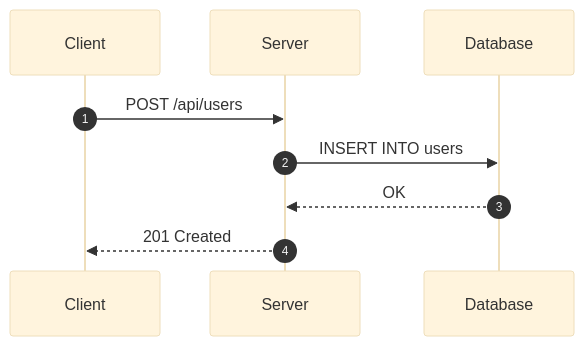
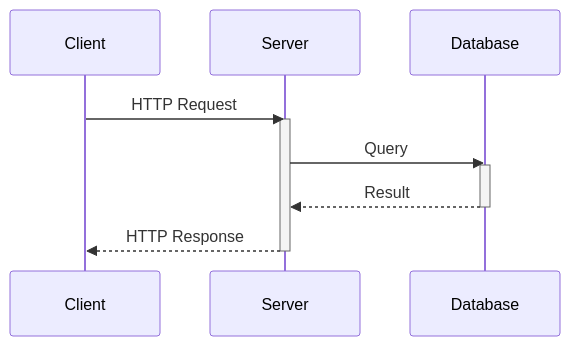
One commit to younwony/TIL changed the second of 8 diagrams in .claude/skills/mermaid-diagram/SKILL.md. Above: the diagram before and after it, drawn with Mermaid. The commit also changed other lines of this file and 38 other files, not shown here.

Commit message:
docs: 텍스트 다이어그램을 SVG 이미지로 교체, 네트워크 및 시스템 설계 문서 업데이트

````diff
--- a/.claude/skills/mermaid-diagram/SKILL.md
+++ b/.claude/skills/mermaid-diagram/SKILL.md
@@ -196,13 +87,15 @@
 ```mermaid
-%%{init: {'theme': 'base'}}%%
 sequenceDiagram
-    autonumber
     participant C as Client
     participant S as Server
-    participant DB as Database
+    participant D as Database
 
-    C->>S: POST /api/users
-    S->>DB: INSERT INTO users
-    DB-->>S: OK
-    S-->>C: 201 Created
+    C->>S: HTTP Request
+    activate S
+    S->>D: Query
+    activate D
+    D-->>S: Result
+    deactivate D
+    S-->>C: HTTP Response
+    deactivate S
 ```
````
